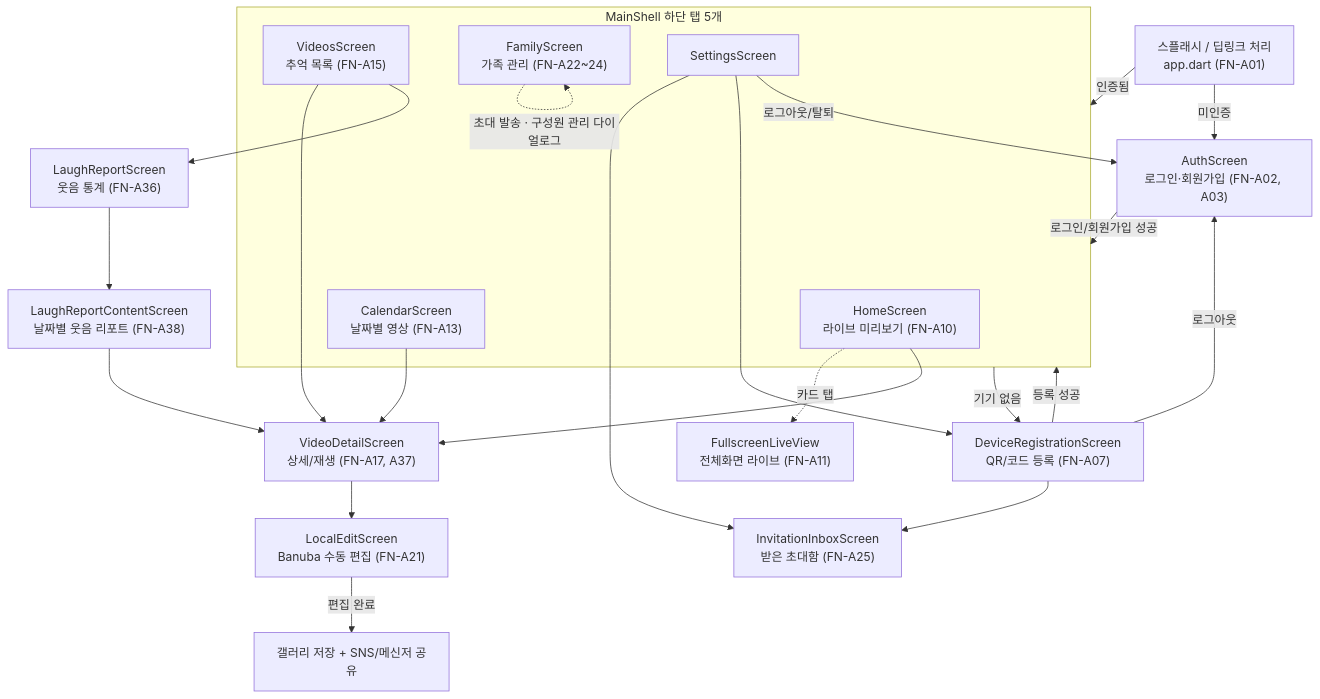
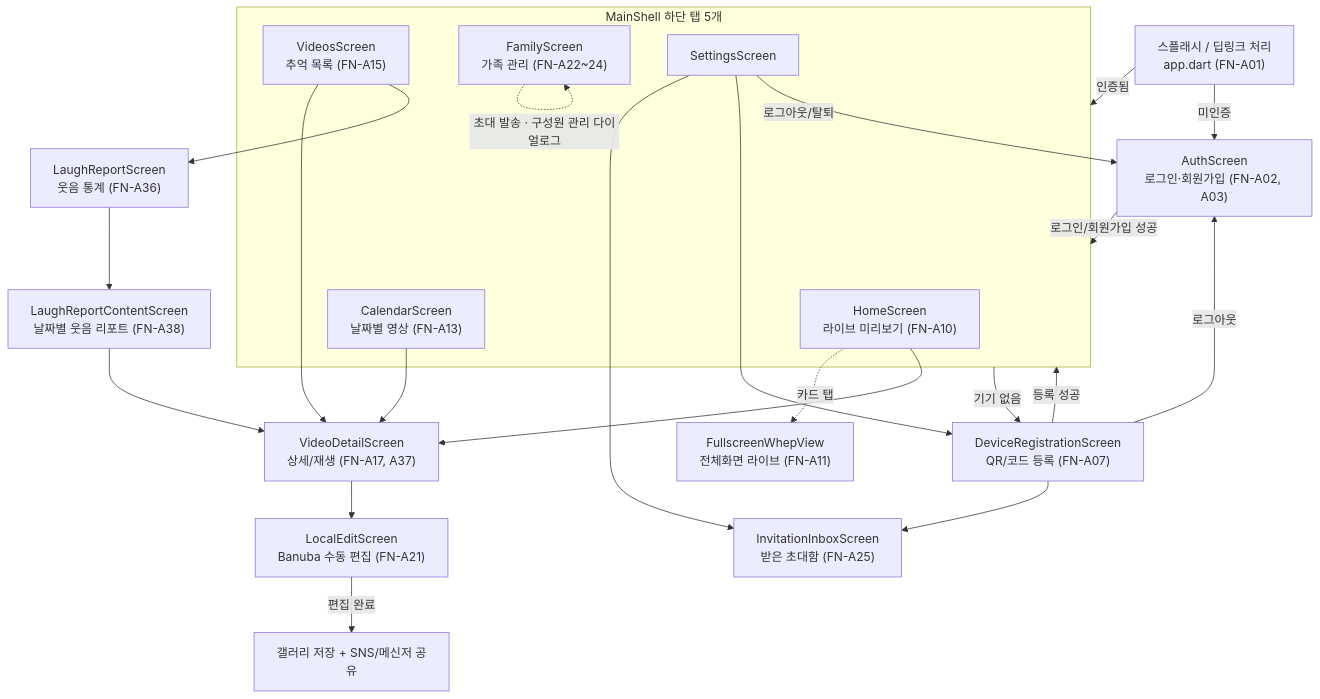
The diagram in 자료/docs/사람이 읽을 문서/03-기능명세서.md (limbs-han/Bbanggeut), drawn with Mermaid before and after one commit. The commit also changed other lines of this file and 10 other files, not shown here.

````diff
--- a/자료/docs/사람이 읽을 문서/03-기능명세서.md
+++ b/자료/docs/사람이 읽을 문서/03-기능명세서.md
@@ -17,36 +17,36 @@
 ```mermaid
 flowchart TD
     Splash["스플래시 / 딥링크 처리\napp.dart (FN-A01)"] -->|미인증| Auth["AuthScreen\n로그인·회원가입 (FN-A02, A03)"]
     Splash -->|인증됨| Shell["MainShell (FN-A06)"]
 
     Auth -->|로그인/회원가입 성공| Shell
     Shell -->|기기 없음| DeviceReg["DeviceRegistrationScreen\nQR/코드 등록 (FN-A07)"]
     DeviceReg -->|등록 성공| Shell
     DeviceReg --> InvInbox["InvitationInboxScreen\n받은 초대함 (FN-A25)"]
     DeviceReg -->|로그아웃| Auth
 
     subgraph Shell["MainShell 하단 탭 5개"]
         Home["HomeScreen\n라이브 미리보기 (FN-A10)"]
         Calendar["CalendarScreen\n날짜별 영상 (FN-A13)"]
         Videos["VideosScreen\n추억 목록 (FN-A15)"]
         Family["FamilyScreen\n가족 관리 (FN-A22~24)"]
         Settings["SettingsScreen"]
     end
 
-    Home -. 카드 탭 .-> FullscreenLive["FullscreenLiveView\n전체화면 라이브 (FN-A11)"]
+    Home -. 카드 탭 .-> FullscreenLive["FullscreenWhepView\n전체화면 라이브 (FN-A11)"]
     Home --> VideoDetail["VideoDetailScreen\n상세/재생 (FN-A17, A37)"]
     Calendar --> VideoDetail
     Videos --> VideoDetail
     Videos --> LaughReport["LaughReportScreen\n웃음 통계 (FN-A36)"]
     LaughReport --> ReportScreen["LaughReportContentScreen\n날짜별 웃음 리포트 (FN-A38)"]
     ReportScreen --> VideoDetail
 
     VideoDetail --> LocalEdit["LocalEditScreen\nBanuba 수동 편집 (FN-A21)"]
     LocalEdit -->|편집 완료| Gallery["갤러리 저장 + SNS/메신저 공유"]
 
     Settings --> InvInbox
     Settings --> DeviceReg
     Settings -->|로그아웃/탈퇴| Auth
 
     Family -.->|초대 발송 · 구성원 관리 다이얼로그| Family
 ```
````
